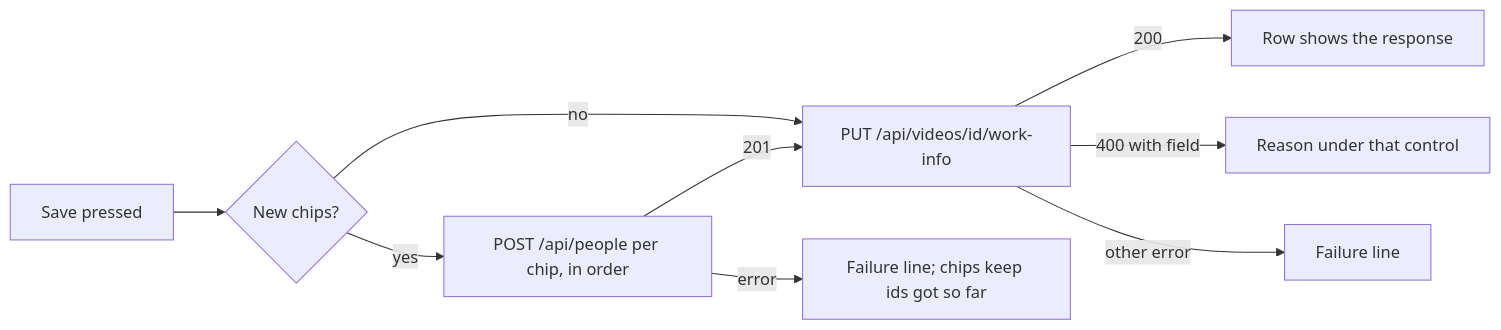
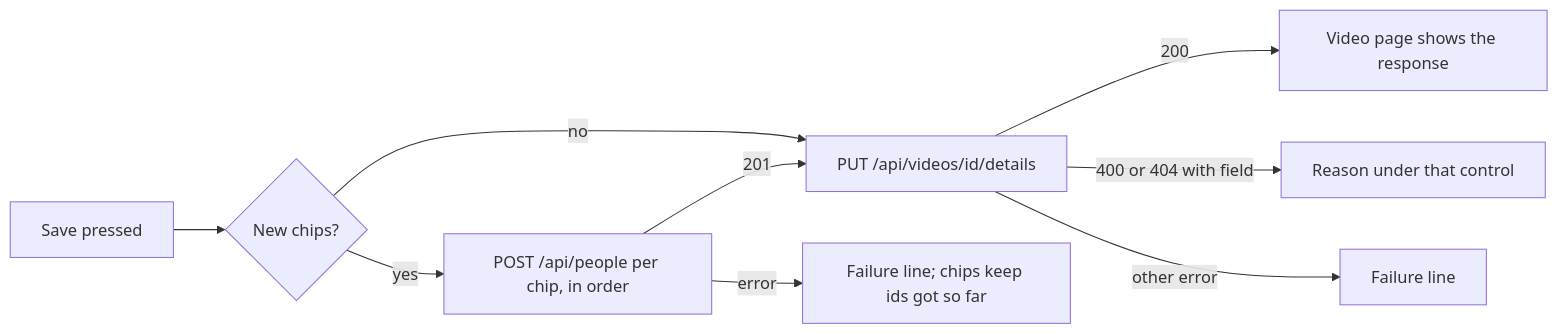
One commit to syudead/vv changed the fifth of 7 diagrams in specs/047-video-work-info/ui-design.md. Above: the diagram before and after it, drawn with Mermaid. The commit also changed other lines of this file, not shown here.

First line of the commit message:
Rework the work information design around a full-screen editor that saves the display name with it

````diff
--- a/specs/047-video-work-info/ui-design.md
+++ b/specs/047-video-work-info/ui-design.md
@@ -416,11 +490,11 @@
 ```mermaid
 flowchart LR
   save[Save pressed] --> new{New chips?}
   new -->|yes| post["POST /api/people per chip, in order"]
-  post -->|201| put["PUT /api/videos/id/work-info"]
+  post -->|201| put["PUT /api/videos/id/details"]
   post -->|error| line1[Failure line; chips keep ids got so far]
   new -->|no| put
-  put -->|200| row[Row shows the response]
-  put -->|400 with field| field[Reason under that control]
+  put -->|200| page[Video page shows the response]
+  put -->|400 or 404 with field| field[Reason under that control]
   put -->|other error| line2[Failure line]
 ```
````
